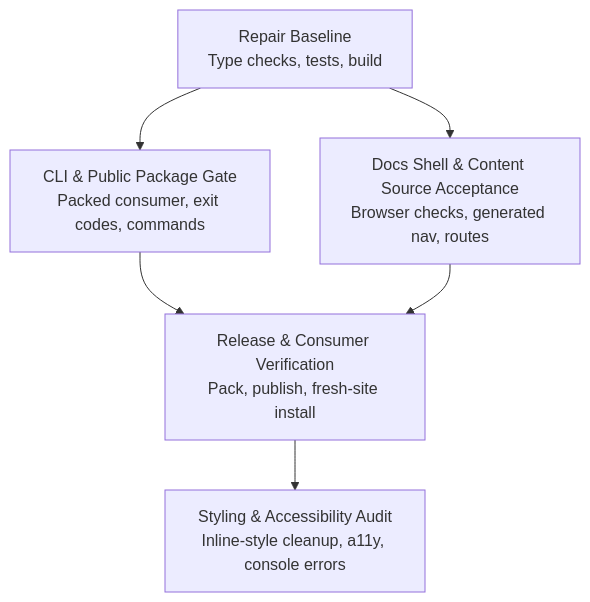
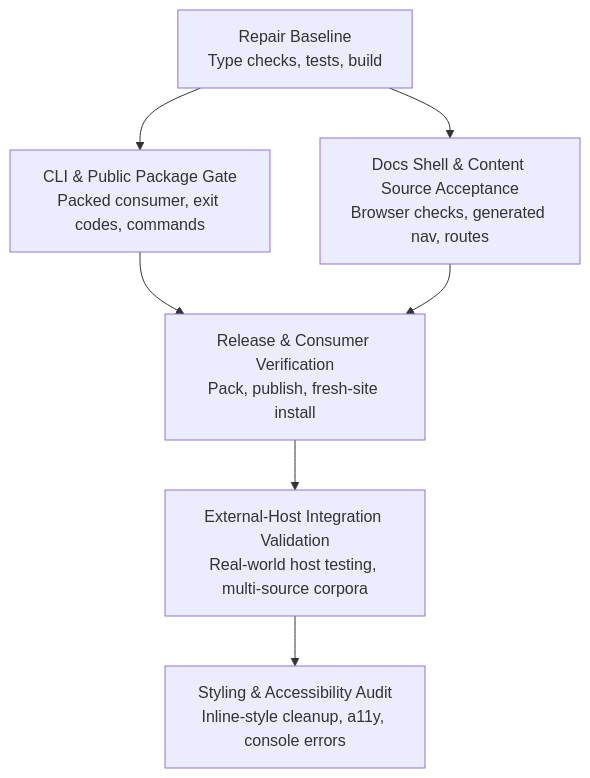
Before and after one commit to fractalmandala/acrolls: the diagram in .qoder/repowiki/en/content/Launch Readiness_ Path to an Industry-Class Docs Framework/Launch Readiness_ Path to an Industry-Class Docs Framework.md, drawn with Mermaid. The commit also changed other lines of this file and 315 other files, not shown here.

````diff
--- a/.qoder/repowiki/en/content/Launch Readiness_ Path to an Industry-Class Docs Framework/Launch Readiness_ Path to an Industry-Class Docs Framework.md
+++ b/.qoder/repowiki/en/content/Launch Readiness_ Path to an Industry-Class Docs Framework/Launch Readiness_ Path to an Industry-Class Docs Framework.md
@@ -83,8 +101,9 @@
 ```mermaid
 graph TB
 A["Repair Baseline<br/>Type checks, tests, build"] --> B["CLI & Public Package Gate<br/>Packed consumer, exit codes, commands"]
 A --> C["Docs Shell & Content Source Acceptance<br/>Browser checks, generated nav, routes"]
 B --> D["Release & Consumer Verification<br/>Pack, publish, fresh-site install"]
 C --> D
-D --> E["Styling & Accessibility Audit<br/>Inline-style cleanup, a11y, console errors"]
+D --> E["External-Host Integration Validation<br/>Real-world host testing, multi-source corpora"]
+E --> F["Styling & Accessibility Audit<br/>Inline-style cleanup, a11y, console errors"]
 ```
````
